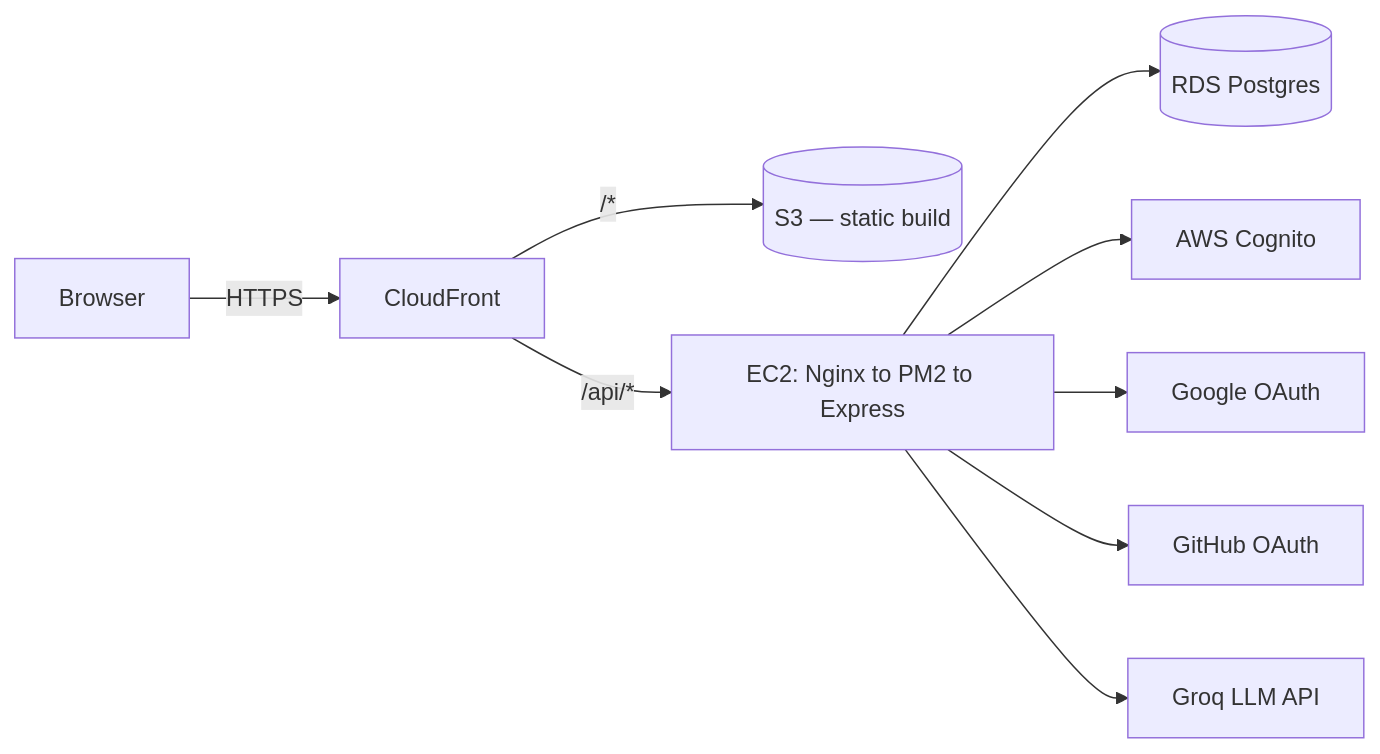
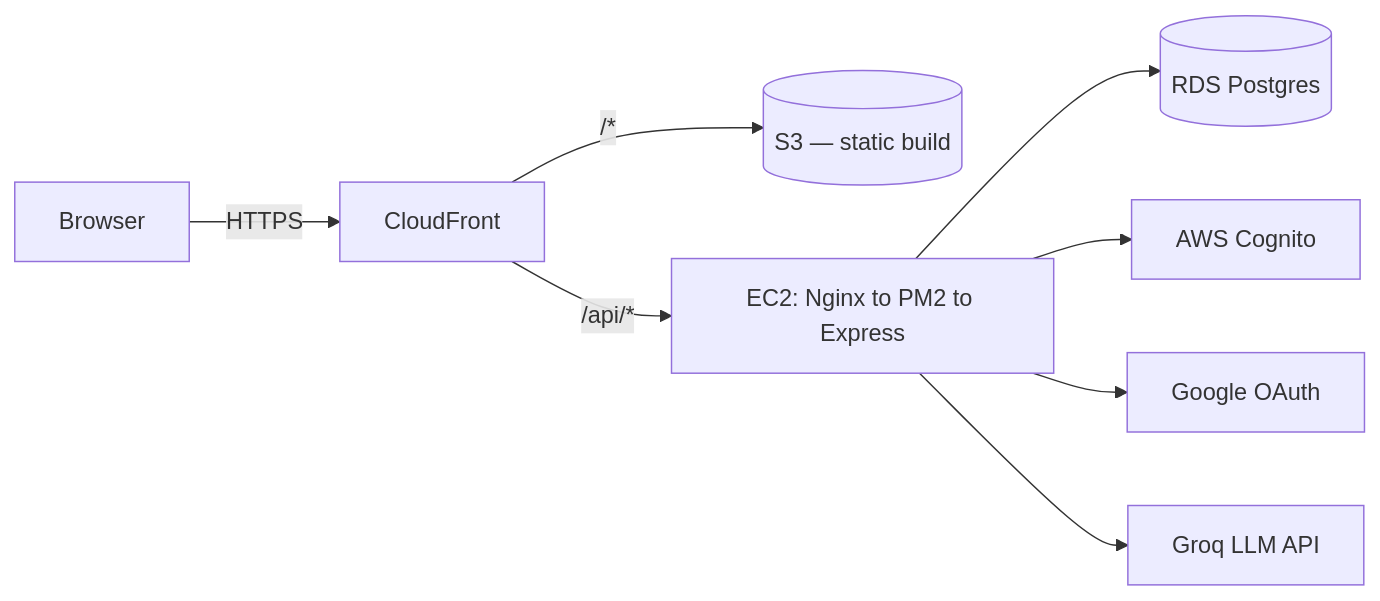
One commit to varuntutejaa/intervu changed the first of 5 diagrams in README.md. Above: the diagram before and after it, drawn with Mermaid. The commit also changed other lines of this file and 17 other files, not shown here.

First line of the commit message:
Add saved-jobs filter, resume-library attach in AI assistant, avatar size limit; trim landing page and remove GitHub OAuth

````diff
--- a/README.md
+++ b/README.md
@@ -131,11 +131,10 @@
 ```mermaid
 flowchart LR
     Browser -->|HTTPS| CF[CloudFront]
     CF -->|"/*"| S3[(S3 — static build)]
     CF -->|"/api/*"| EC2[EC2: Nginx to PM2 to Express]
     EC2 --> RDS[(RDS Postgres)]
     EC2 --> Cognito[AWS Cognito]
     EC2 --> Google[Google OAuth]
-    EC2 --> GitHub[GitHub OAuth]
     EC2 --> Groq[Groq LLM API]
 ```
````
